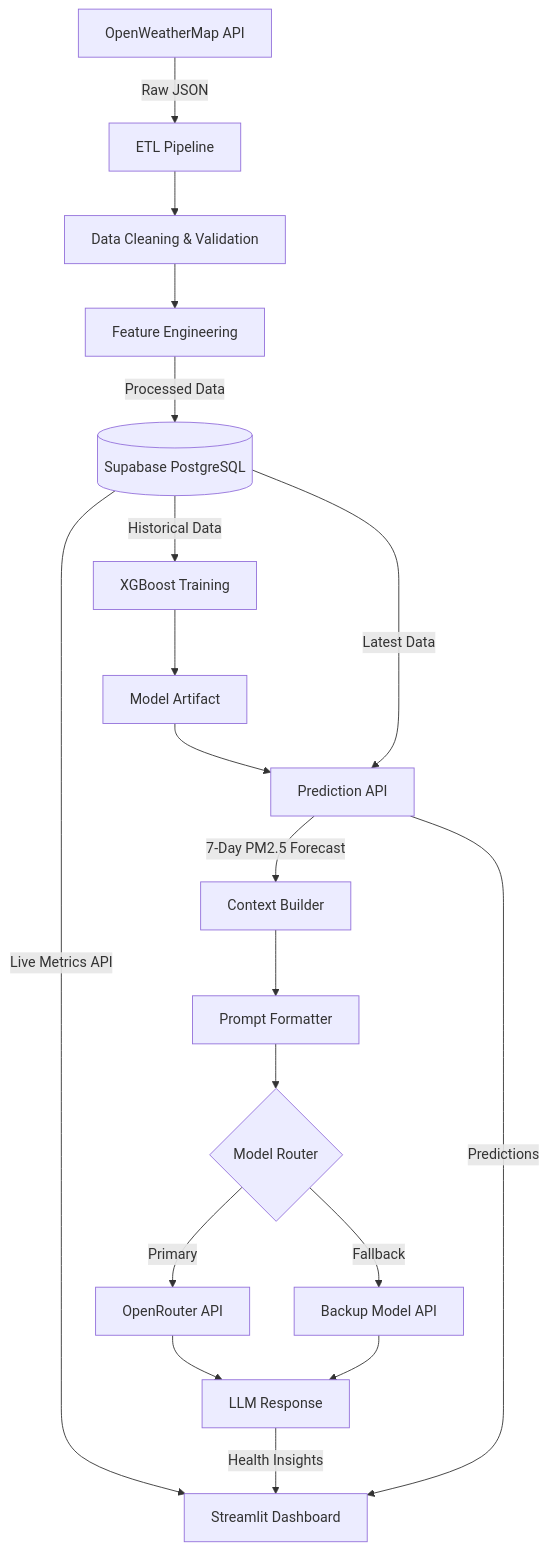
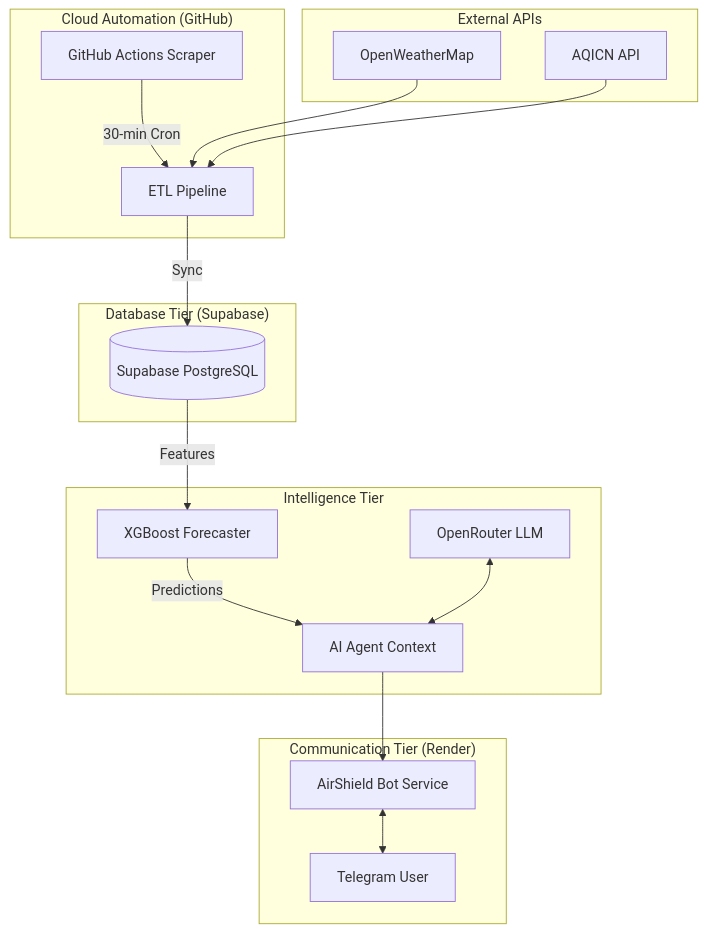
Before and after one commit to Chirag-Jogi/AirShield-AI: the diagram in README.md, drawn with Mermaid. The commit also changed other lines of this file and 12 other files, not shown here.

````diff
--- a/README.md
+++ b/README.md
@@ -37,29 +36,27 @@
 ```mermaid
 graph TD;
 
-    A[OpenWeatherMap API] -->|"Raw JSON"| B[ETL Pipeline];
-    B --> C[Data Cleaning & Validation];
-    C --> D[Feature Engineering];
-    D -->|"Processed Data"| E[(Supabase PostgreSQL)];
+    subgraph "Cloud Automation (GitHub)"
+        A[GitHub Actions Scraper] -->|"30-min Cron"| B[ETL Pipeline];
+    end
 
-    E -->|"Historical Data"| F[XGBoost Training];
-    F --> G[Model Artifact];
+    subgraph "External APIs"
+        C[OpenWeatherMap] --> B;
+        D[AQICN API] --> B;
+    end
 
-    G --> H[Prediction API];
-    E -->|"Latest Data"| H;
+    subgraph "Database Tier (Supabase)"
+        B -->|"Sync"| E[(Supabase PostgreSQL)];
+    end
 
-    H -->|"7-Day PM2.5 Forecast"| I[Context Builder];
+    subgraph "Intelligence Tier"
+        E -->|"Features"| F[XGBoost Forecaster];
+        F -->|"Predictions"| G[AI Agent Context];
+        H[OpenRouter LLM] <--> G;
+    end
 
-    I --> J[Prompt Formatter];
-    J --> K{Model Router};
-
-    K -->|"Primary"| L[OpenRouter API];
-    K -->|"Fallback"| M[Backup Model API];
-
-    L --> N[LLM Response];
-    M --> N;
-
-    E -->|"Live Metrics API"| O[Streamlit Dashboard];
-    N -->|"Health Insights"| O;
-    H -->|"Predictions"| O;
+    subgraph "Communication Tier (Render)"
+        G --> I[AirShield Bot Service];
+        I <--> J[Telegram User];
+    end
  ```   
````
